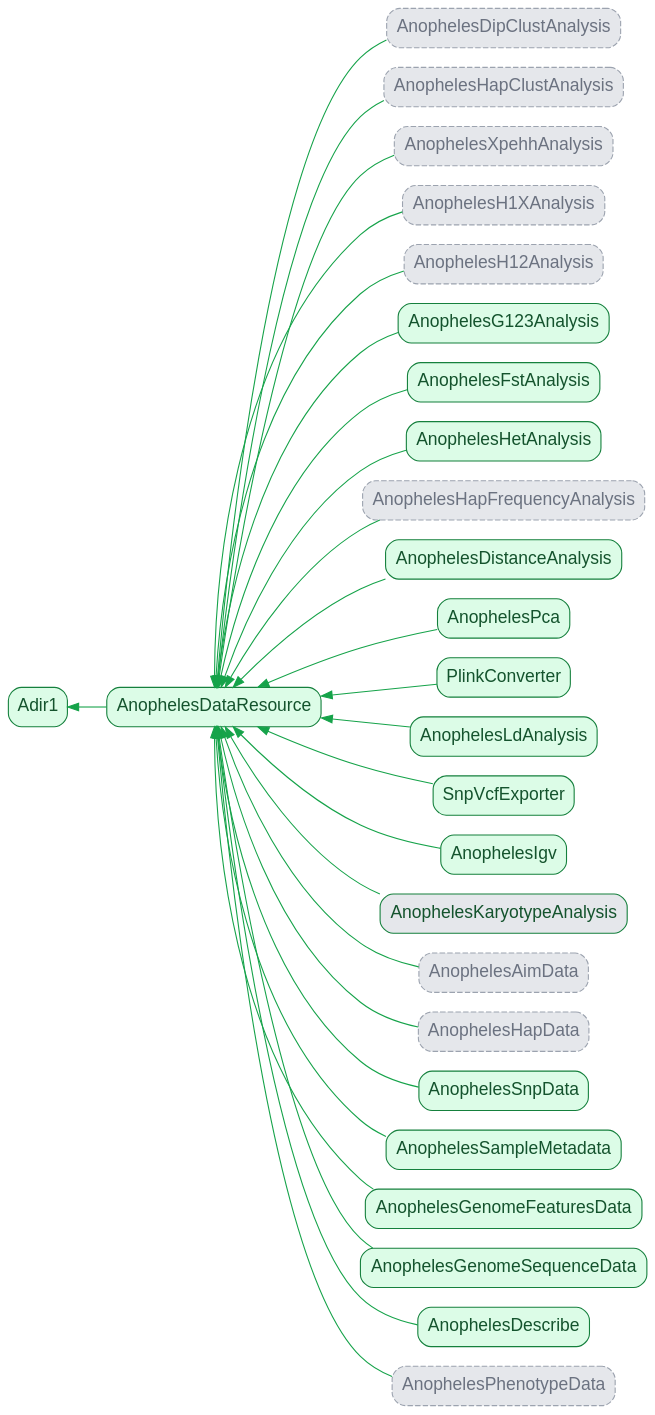
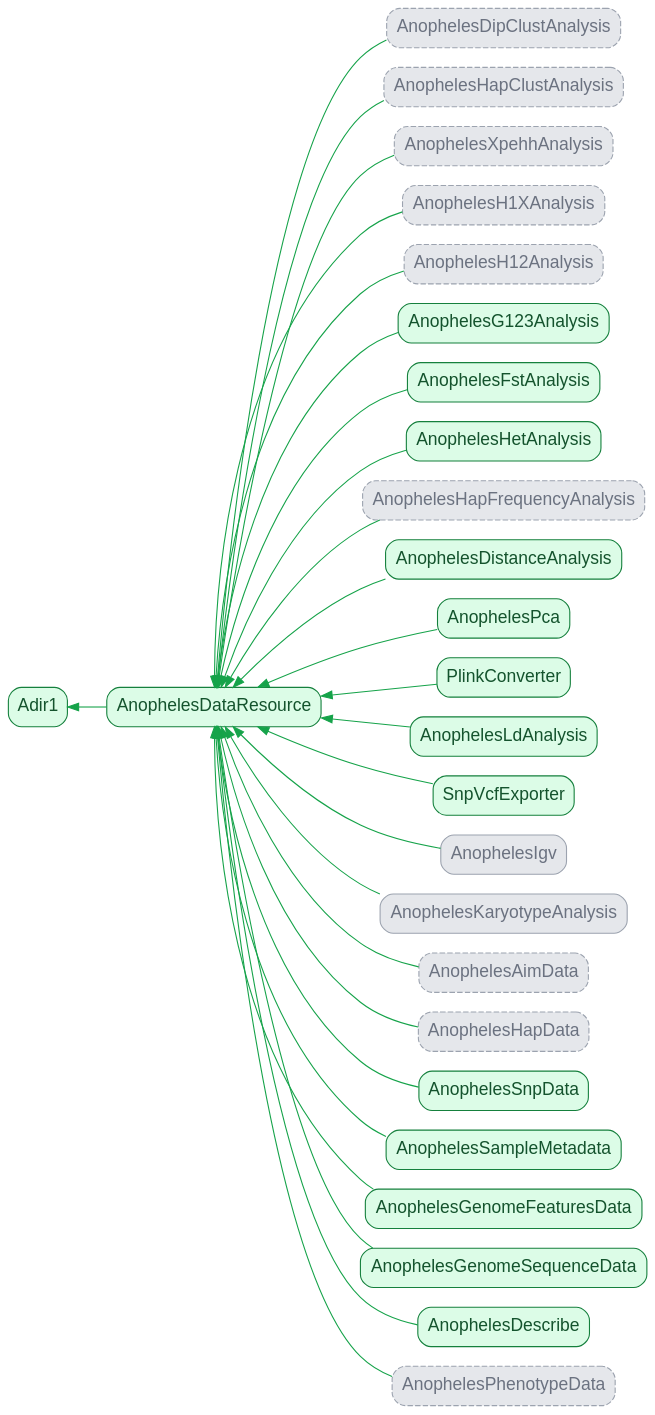
The diagram in docs/source/_static/diagrams/adir1_composition.dot (malariagen/malariagen-data-python), drawn with Graphviz before and after one commit. The commit also changed 5 other files, not shown here.

```diff
--- a/docs/source/_static/diagrams/adir1_composition.dot
+++ b/docs/source/_static/diagrams/adir1_composition.dot
@@ -1,61 +1,61 @@
 digraph inheritance {
     bgcolor="transparent";
     rankdir=RL;
     fontsize=16;
     node [fontsize=16, shape=box, fontname="Helvetica,Arial,sans-serif"];
     edge [color="#16a34a"];
 
     "Adir1" [style="filled,rounded", fillcolor="#dcfce7", color="#15803d", fontcolor="#14532d", tooltip="Anopheles dirus complex."];
     "AnophelesDataResource" -> "Adir1";
 
     "AnophelesDataResource" [style="filled,rounded", fillcolor="#dcfce7", color="#15803d", fontcolor="#14532d", URL="generated/malariagen_data.anopheles.AnophelesDataResource.html#malariagen_data.anopheles.AnophelesDataResource", tooltip="Composes every analysis mixin into one API."];
 
     "AnophelesDipClustAnalysis" [style="filled,rounded,dashed", fillcolor="#e5e7eb", color="#9ca3af", fontcolor="#6b7280", URL="generated/malariagen_data.anoph.dipclust.AnophelesDipClustAnalysis.html#malariagen_data.anoph.dipclust.AnophelesDipClustAnalysis", tooltip="Inherited, but not backed by real data for Adir1 - Hierarchical clustering of diplotypes (combines CNV + SNP frequency data)."];
     "AnophelesDipClustAnalysis" -> "AnophelesDataResource";
     "AnophelesHapClustAnalysis" [style="filled,rounded,dashed", fillcolor="#e5e7eb", color="#9ca3af", fontcolor="#6b7280", URL="generated/malariagen_data.anoph.hapclust.AnophelesHapClustAnalysis.html#malariagen_data.anoph.hapclust.AnophelesHapClustAnalysis", tooltip="Inherited, but not backed by real data for Adir1 - Hierarchical clustering and sharing analysis of phased haplotypes."];
     "AnophelesHapClustAnalysis" -> "AnophelesDataResource";
     "AnophelesXpehhAnalysis" [style="filled,rounded,dashed", fillcolor="#e5e7eb", color="#9ca3af", fontcolor="#6b7280", URL="generated/malariagen_data.anoph.xpehh.AnophelesXpehhAnalysis.html#malariagen_data.anoph.xpehh.AnophelesXpehhAnalysis", tooltip="Inherited, but not backed by real data for Adir1 - Cross-population extended haplotype homozygosity (XP-EHH) selection scans."];
     "AnophelesXpehhAnalysis" -> "AnophelesDataResource";
     "AnophelesH1XAnalysis" [style="filled,rounded,dashed", fillcolor="#e5e7eb", color="#9ca3af", fontcolor="#6b7280", URL="generated/malariagen_data.anoph.h1x.AnophelesH1XAnalysis.html#malariagen_data.anoph.h1x.AnophelesH1XAnalysis", tooltip="Inherited, but not backed by real data for Adir1 - H1X genome-wide scans for differentiation between two cohorts."];
     "AnophelesH1XAnalysis" -> "AnophelesDataResource";
     "AnophelesH12Analysis" [style="filled,rounded,dashed", fillcolor="#e5e7eb", color="#9ca3af", fontcolor="#6b7280", URL="generated/malariagen_data.anoph.h12.AnophelesH12Analysis.html#malariagen_data.anoph.h12.AnophelesH12Analysis", tooltip="Inherited, but not backed by real data for Adir1 - H12 genome-wide selection scans and calibration."];
     "AnophelesH12Analysis" -> "AnophelesDataResource";
     "AnophelesG123Analysis" [style="filled,rounded", fillcolor="#dcfce7", color="#15803d", fontcolor="#14532d", URL="generated/malariagen_data.anoph.g123.AnophelesG123Analysis.html#malariagen_data.anoph.g123.AnophelesG123Analysis", tooltip="G123 genome-wide selection scans and calibration (unphased genotypes)."];
     "AnophelesG123Analysis" -> "AnophelesDataResource";
     "AnophelesFstAnalysis" [style="filled,rounded", fillcolor="#dcfce7", color="#15803d", fontcolor="#14532d", URL="generated/malariagen_data.anoph.fst.AnophelesFstAnalysis.html#malariagen_data.anoph.fst.AnophelesFstAnalysis", tooltip="Fst (genetic differentiation) statistics, gwss and pairwise cohort comparisons."];
     "AnophelesFstAnalysis" -> "AnophelesDataResource";
     "AnophelesHetAnalysis" [style="filled,rounded", fillcolor="#dcfce7", color="#15803d", fontcolor="#14532d", URL="generated/malariagen_data.anoph.heterozygosity.AnophelesHetAnalysis.html#malariagen_data.anoph.heterozygosity.AnophelesHetAnalysis", tooltip="Per-sample and per-cohort heterozygosity, and runs-of-homozygosity (ROH)."];
     "AnophelesHetAnalysis" -> "AnophelesDataResource";
     "AnophelesHapFrequencyAnalysis" [style="filled,rounded,dashed", fillcolor="#e5e7eb", color="#9ca3af", fontcolor="#6b7280", URL="generated/malariagen_data.anoph.hap_frq.AnophelesHapFrequencyAnalysis.html#malariagen_data.anoph.hap_frq.AnophelesHapFrequencyAnalysis", tooltip="Inherited, but not backed by real data for Adir1 - Haplotype frequency calculations, by cohort."];
     "AnophelesHapFrequencyAnalysis" -> "AnophelesDataResource";
     "AnophelesDistanceAnalysis" [style="filled,rounded", fillcolor="#dcfce7", color="#15803d", fontcolor="#14532d", URL="generated/malariagen_data.anoph.distance.AnophelesDistanceAnalysis.html#malariagen_data.anoph.distance.AnophelesDistanceAnalysis", tooltip="Pairwise genetic distance matrices and neighbour-joining trees."];
     "AnophelesDistanceAnalysis" -> "AnophelesDataResource";
     "AnophelesPca" [style="filled,rounded", fillcolor="#dcfce7", color="#15803d", fontcolor="#14532d", URL="generated/malariagen_data.anoph.pca.AnophelesPca.html#malariagen_data.anoph.pca.AnophelesPca", tooltip="Principal components analysis of biallelic SNPs."];
     "AnophelesPca" -> "AnophelesDataResource";
     "PlinkConverter" [style="filled,rounded", fillcolor="#dcfce7", color="#15803d", fontcolor="#14532d", URL="generated/malariagen_data.anoph.to_plink.PlinkConverter.html#malariagen_data.anoph.to_plink.PlinkConverter", tooltip="Export biallelic SNP calls to PLINK format."];
     "PlinkConverter" -> "AnophelesDataResource";
     "AnophelesLdAnalysis" [style="filled,rounded", fillcolor="#dcfce7", color="#15803d", fontcolor="#14532d", URL="generated/malariagen_data.anoph.ld.AnophelesLdAnalysis.html#malariagen_data.anoph.ld.AnophelesLdAnalysis", tooltip="Linkage-disequilibrium pruning of biallelic SNP calls."];
     "AnophelesLdAnalysis" -> "AnophelesDataResource";
     "SnpVcfExporter" [style="filled,rounded", fillcolor="#dcfce7", color="#15803d", fontcolor="#14532d", URL="generated/malariagen_data.anoph.to_vcf.SnpVcfExporter.html#malariagen_data.anoph.to_vcf.SnpVcfExporter", tooltip="Export SNP calls to VCF format."];
     "SnpVcfExporter" -> "AnophelesDataResource";
-    "AnophelesIgv" [style="filled,rounded", fillcolor="#dcfce7", color="#15803d", fontcolor="#14532d", URL="generated/malariagen_data.anoph.igv.AnophelesIgv.html#malariagen_data.anoph.igv.AnophelesIgv", tooltip="Embed an IGV.js genome browser / view read alignments."];
+    "AnophelesIgv" [style="filled,rounded", fillcolor="#e5e7eb",color="#9ca3af", fontcolor="#6b7280", URL="generated/malariagen_data.anoph.igv.AnophelesIgv.html#malariagen_data.anoph.igv.AnophelesIgv", tooltip="Embed an IGV.js genome browser / view read alignments."];
     "AnophelesIgv" -> "AnophelesDataResource";
-    "AnophelesKaryotypeAnalysis" [style="filled,rounded", fillcolor="#e5e7eb", color="#15803d", fontcolor="#14532d", URL="generated/malariagen_data.anoph.karyotype.AnophelesKaryotypeAnalysis.html#malariagen_data.anoph.karyotype.AnophelesKaryotypeAnalysis", tooltip="Chromosomal inversion karyotyping from tag SNPs."];
+    "AnophelesKaryotypeAnalysis" [style="filled,rounded", fillcolor="#e5e7eb", color="#9ca3af", fontcolor="#6b7280", URL="generated/malariagen_data.anoph.karyotype.AnophelesKaryotypeAnalysis.html#malariagen_data.anoph.karyotype.AnophelesKaryotypeAnalysis", tooltip="Chromosomal inversion karyotyping from tag SNPs."];
     "AnophelesKaryotypeAnalysis" -> "AnophelesDataResource";
     "AnophelesAimData" [style="filled,rounded,dashed", fillcolor="#e5e7eb", color="#9ca3af", fontcolor="#6b7280", URL="generated/malariagen_data.anoph.aim_data.AnophelesAimData.html#malariagen_data.anoph.aim_data.AnophelesAimData", tooltip="Inherited, but not backed by real data for Adir1 - Ancestry-informative marker (AIM) variant and species-call access."];
     "AnophelesAimData" -> "AnophelesDataResource";
     "AnophelesHapData" [style="filled,rounded,dashed", fillcolor="#e5e7eb", color="#9ca3af", fontcolor="#6b7280", URL="generated/malariagen_data.anoph.hap_data.AnophelesHapData.html#malariagen_data.anoph.hap_data.AnophelesHapData", tooltip="Inherited, but not backed by real data for Adir1 - Access to phased haplotype reference panel data."];
     "AnophelesHapData" -> "AnophelesDataResource";
     "AnophelesSnpData" [style="filled,rounded", fillcolor="#dcfce7", color="#15803d", fontcolor="#14532d", URL="generated/malariagen_data.anoph.snp_data.AnophelesSnpData.html#malariagen_data.anoph.snp_data.AnophelesSnpData", tooltip="Core SNP genotype, site filter and site annotation data access."];
     "AnophelesSnpData" -> "AnophelesDataResource";
     "AnophelesSampleMetadata" [style="filled,rounded", fillcolor="#dcfce7", color="#15803d", fontcolor="#14532d", URL="generated/malariagen_data.anoph.sample_metadata.AnophelesSampleMetadata.html#malariagen_data.anoph.sample_metadata.AnophelesSampleMetadata", tooltip="Sample and cohort metadata access."];
     "AnophelesSampleMetadata" -> "AnophelesDataResource";
     "AnophelesGenomeFeaturesData" [style="filled,rounded", fillcolor="#dcfce7", color="#15803d", fontcolor="#14532d", URL="generated/malariagen_data.anoph.genome_features.AnophelesGenomeFeaturesData.html#malariagen_data.anoph.genome_features.AnophelesGenomeFeaturesData", tooltip="GFF3 genome feature annotation access (genes, transcripts, exons)."];
     "AnophelesGenomeFeaturesData" -> "AnophelesDataResource";
     "AnophelesGenomeSequenceData" [style="filled,rounded", fillcolor="#dcfce7", color="#15803d", fontcolor="#14532d", URL="generated/malariagen_data.anoph.genome_sequence.AnophelesGenomeSequenceData.html#malariagen_data.anoph.genome_sequence.AnophelesGenomeSequenceData", tooltip="Reference genome sequence access."];
     "AnophelesGenomeSequenceData" -> "AnophelesDataResource";
     "AnophelesDescribe" [style="filled,rounded", fillcolor="#dcfce7", color="#15803d", fontcolor="#14532d", URL="generated/malariagen_data.anoph.describe.AnophelesDescribe.html#malariagen_data.anoph.describe.AnophelesDescribe", tooltip="API introspection and discovery (describe_api)."];
     "AnophelesDescribe" -> "AnophelesDataResource";
     "AnophelesPhenotypeData" [style="filled,rounded,dashed", fillcolor="#e5e7eb", color="#9ca3af", fontcolor="#6b7280", URL="generated/malariagen_data.anoph.phenotypes.AnophelesPhenotypeData.html#malariagen_data.anoph.phenotypes.AnophelesPhenotypeData", tooltip="Inherited, but not backed by real data for Adir1 - Insecticide resistance phenotype data access."];
     "AnophelesPhenotypeData" -> "AnophelesDataResource";
 }
```
